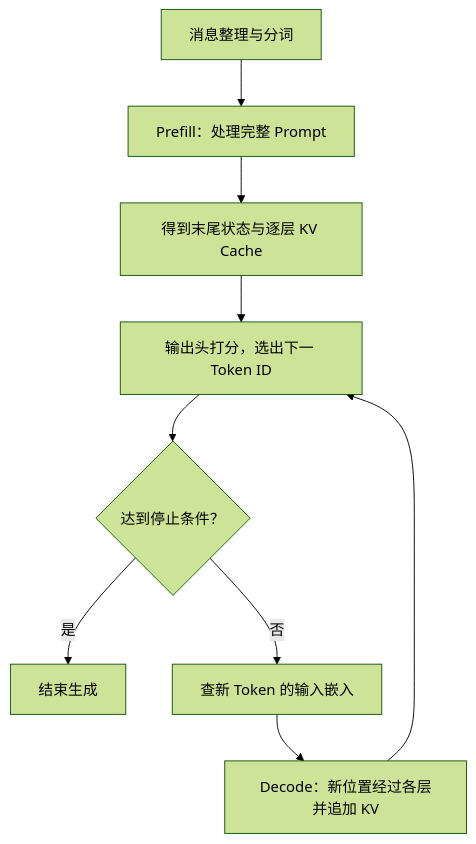
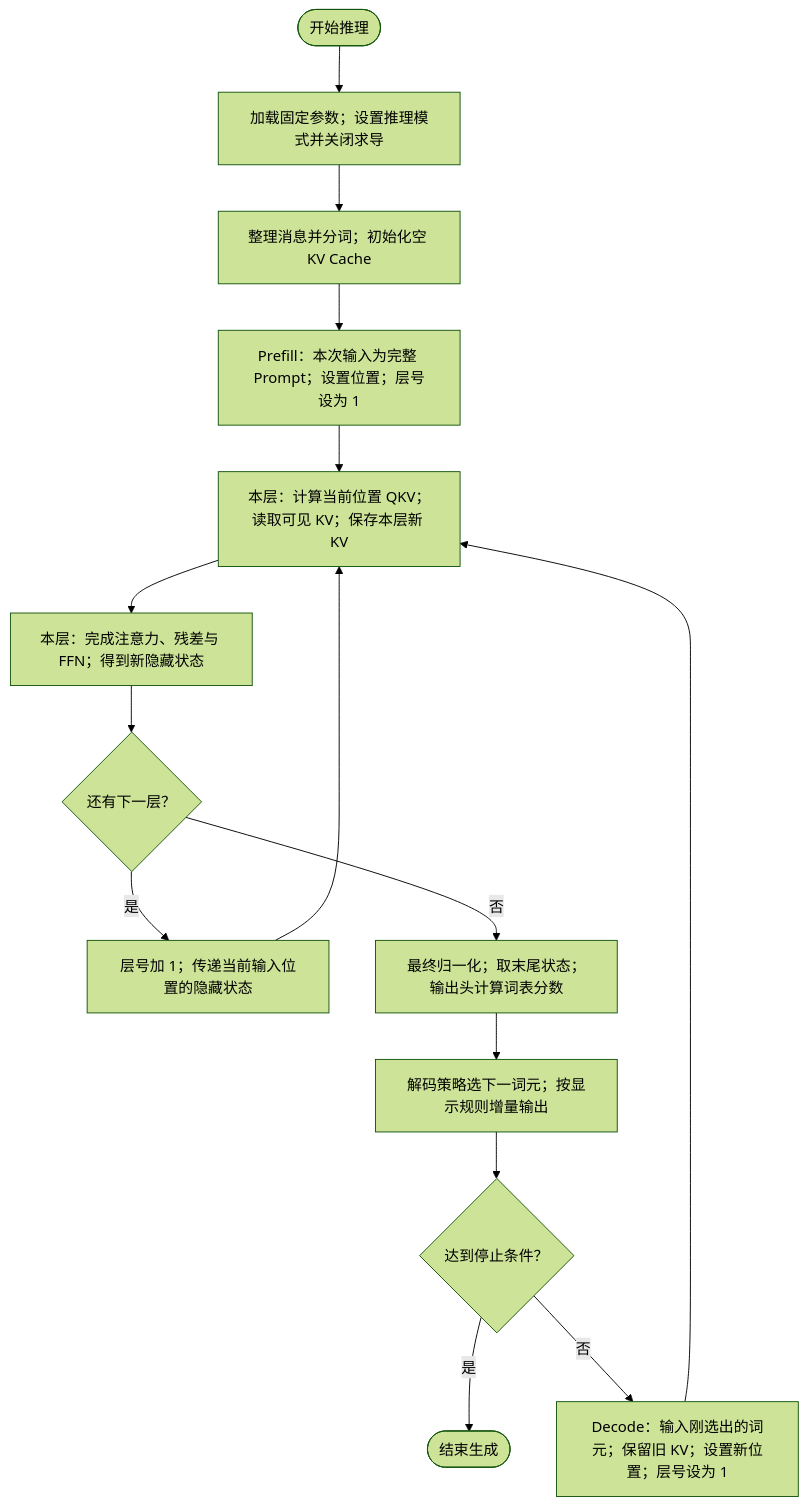
Before and after one commit to owen1699/ai-notes: the tenth of 13 diagrams in wiki/2026-11-01-大模型基础学习笔记.md, drawn with Mermaid (forest theme). The commit also changed other lines of this file and 5 other files, not shown here.

````diff
--- a/wiki/2026-11-01-大模型基础学习笔记.md
+++ b/wiki/2026-11-01-大模型基础学习笔记.md
@@ -2064,11 +2222,17 @@
 ```mermaid
 flowchart TD
-    A["消息整理与分词"] --> B["Prefill：处理完整 Prompt"]
-    B --> C["得到末尾状态与逐层 KV Cache"]
-    C --> D["输出头打分，选出下一 Token ID"]
-    D --> E{"达到停止条件？"}
-    E -->|是| F["结束生成"]
-    E -->|否| G["查新 Token 的输入嵌入"]
-    G --> H["Decode：新位置经过各层并追加 KV"]
-    H --> D
+    S(["开始推理"]) --> A["加载固定参数；设置推理模式并关闭求导"]
+    A --> B["整理消息并分词；初始化空 KV Cache"]
+    B --> C["Prefill：本次输入为完整 Prompt；设置位置；层号设为 1"]
+    C --> D["本层：计算当前位置 QKV；读取可见 KV；保存本层新 KV"]
+    D --> E["本层：完成注意力、残差与 FFN；得到新隐藏状态"]
+    E --> F{"还有下一层？"}
+    F -->|是| G["层号加 1；传递当前输入位置的隐藏状态"]
+    G --> D
+    F -->|否| H["最终归一化；取末尾状态；输出头计算词表分数"]
+    H --> I["解码策略选下一词元；按显示规则增量输出"]
+    I --> J{"达到停止条件？"}
+    J -->|是| Z(["结束生成"])
+    J -->|否| K["Decode：输入刚选出的词元；保留旧 KV；设置新位置；层号设为 1"]
+    K --> D
 ```
````
